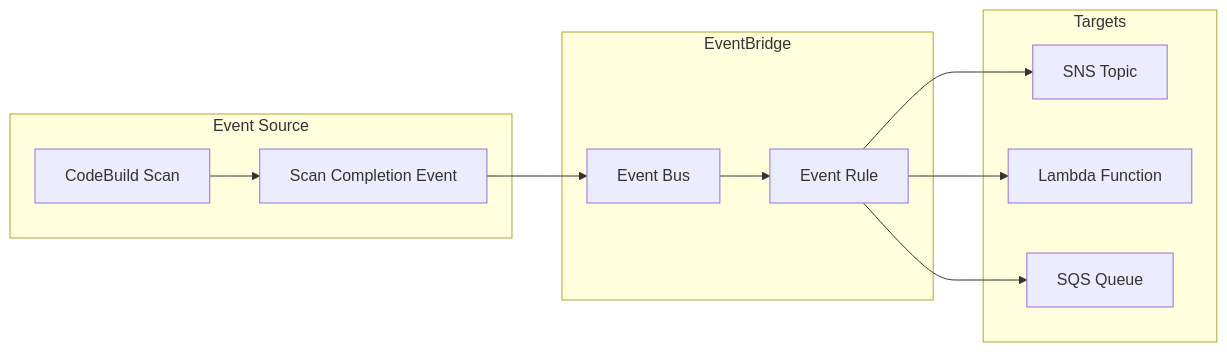
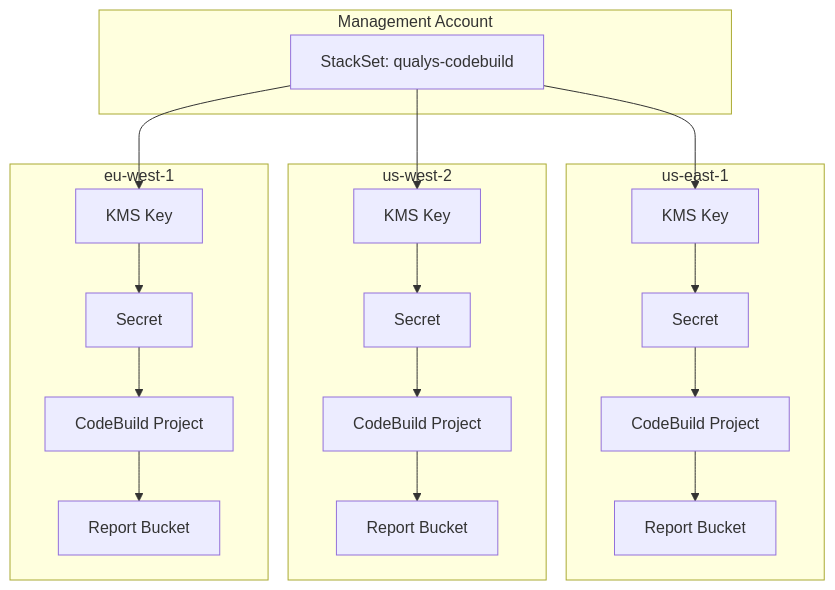
The ninth of 16 diagrams in docs/technical-architecture.md (nelssec/qualys-codebuild), drawn with Mermaid before and after one commit. The commit also changed other lines of this file and 5 other files, not shown here.

First line of the commit message:
Qualys QScanner for AWS CodeBuild

````diff
--- a/docs/technical-architecture.md
+++ b/docs/technical-architecture.md
@@ -243,25 +276,40 @@
 ```mermaid
-flowchart LR
-    subgraph "Event Source"
-        CB[CodeBuild Scan]
-        EVENT[Scan Completion Event]
+flowchart TB
+    subgraph "Management Account"
+        SS[StackSet: qualys-codebuild]
     end
 
-    subgraph "EventBridge"
-        BUS[Event Bus]
-        RULE[Event Rule]
+    subgraph "us-east-1"
+        KMS1[KMS Key]
+        SM1[Secret]
+        S3_1[Report Bucket]
+        CB1[CodeBuild Project]
     end
 
-    subgraph "Targets"
-        SNS[SNS Topic]
-        LAMBDA[Lambda Function]
-        SQS[SQS Queue]
+    subgraph "us-west-2"
+        KMS2[KMS Key]
+        SM2[Secret]
+        S3_2[Report Bucket]
+        CB2[CodeBuild Project]
     end
 
-    CB --> EVENT
-    EVENT --> BUS
-    BUS --> RULE
-    RULE --> SNS
-    RULE --> LAMBDA
-    RULE --> SQS
+    subgraph "eu-west-1"
+        KMS3[KMS Key]
+        SM3[Secret]
+        S3_3[Report Bucket]
+        CB3[CodeBuild Project]
+    end
+
+    SS --> KMS1
+    SS --> KMS2
+    SS --> KMS3
+    KMS1 --> SM1
+    KMS2 --> SM2
+    KMS3 --> SM3
+    SM1 --> CB1
+    SM2 --> CB2
+    SM3 --> CB3
+    CB1 --> S3_1
+    CB2 --> S3_2
+    CB3 --> S3_3
 ```
````
